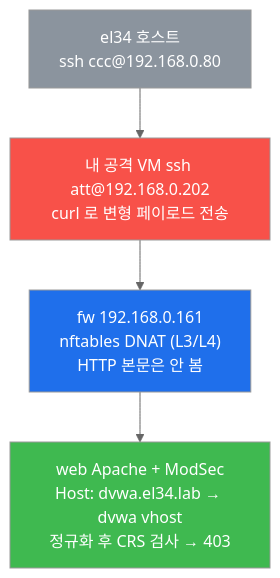
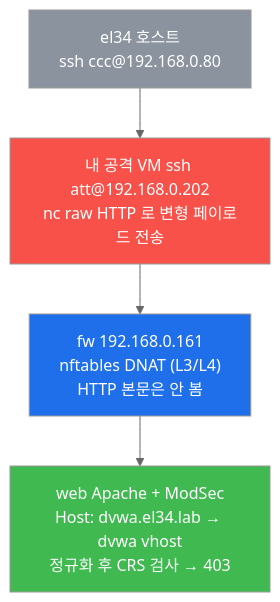
One commit to mrgrit/tw2 changed the second of 9 diagrams in contents/training/attack/lecture_week10.md. Above: the diagram before and after it, drawn with Mermaid (neutral theme). The commit also changed other lines of this file and 10 other files, not shown here.

````diff
--- a/contents/training/attack/lecture_week10.md
+++ b/contents/training/attack/lecture_week10.md
@@ -147,12 +147,12 @@
 ```mermaid
 graph TD
     A["el34 호스트<br/>ssh ccc@192.168.0.80"]
-    B["내 공격 VM ssh att@192.168.0.202<br/>curl 로 변형 페이로드 전송"]
+    B["내 공격 VM ssh att@192.168.0.202<br/>nc raw HTTP 로 변형 페이로드 전송"]
     C["fw 192.168.0.161<br/>nftables DNAT (L3/L4)<br/>HTTP 본문은 안 봄"]
     D["web Apache + ModSec<br/>Host: dvwa.el34.lab → dvwa vhost<br/>정규화 후 CRS 검사 → 403"]
     A --> B --> C --> D
     style A fill:#8b949e,color:#fff
     style B fill:#f85149,color:#fff
     style C fill:#1f6feb,color:#fff
     style D fill:#3fb950,color:#fff
 ```
````
